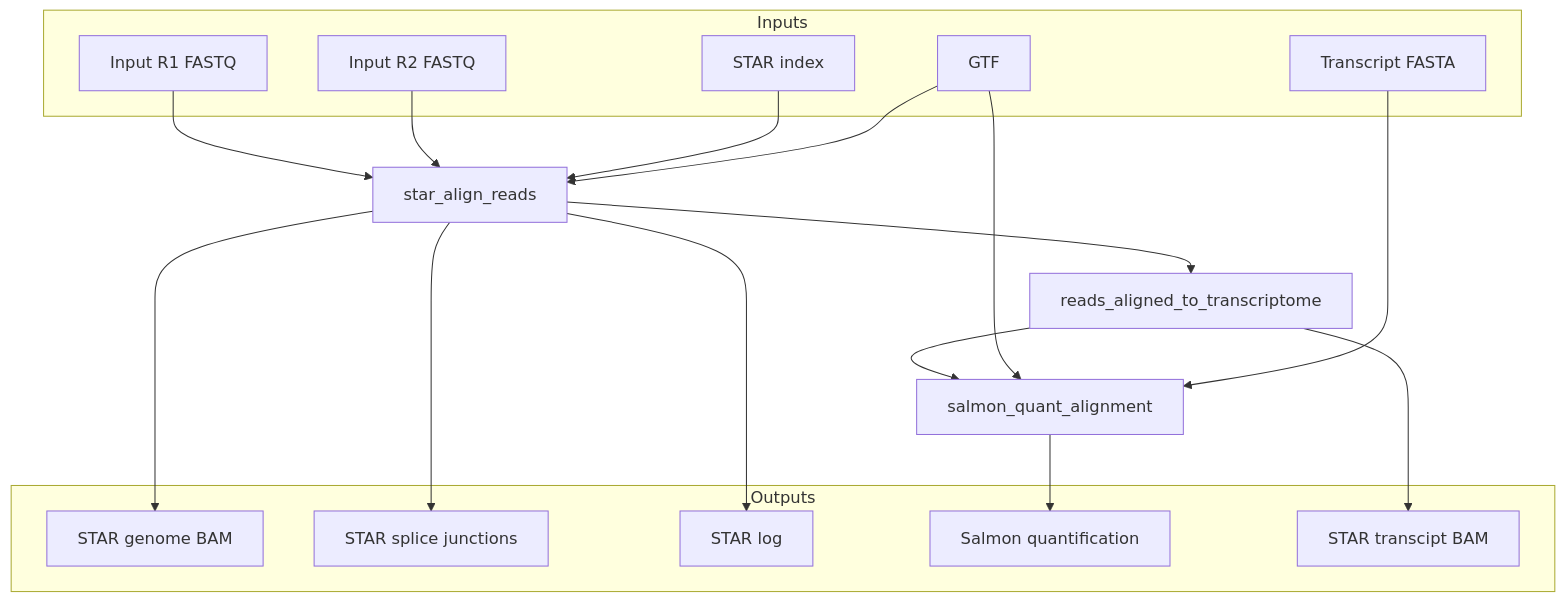
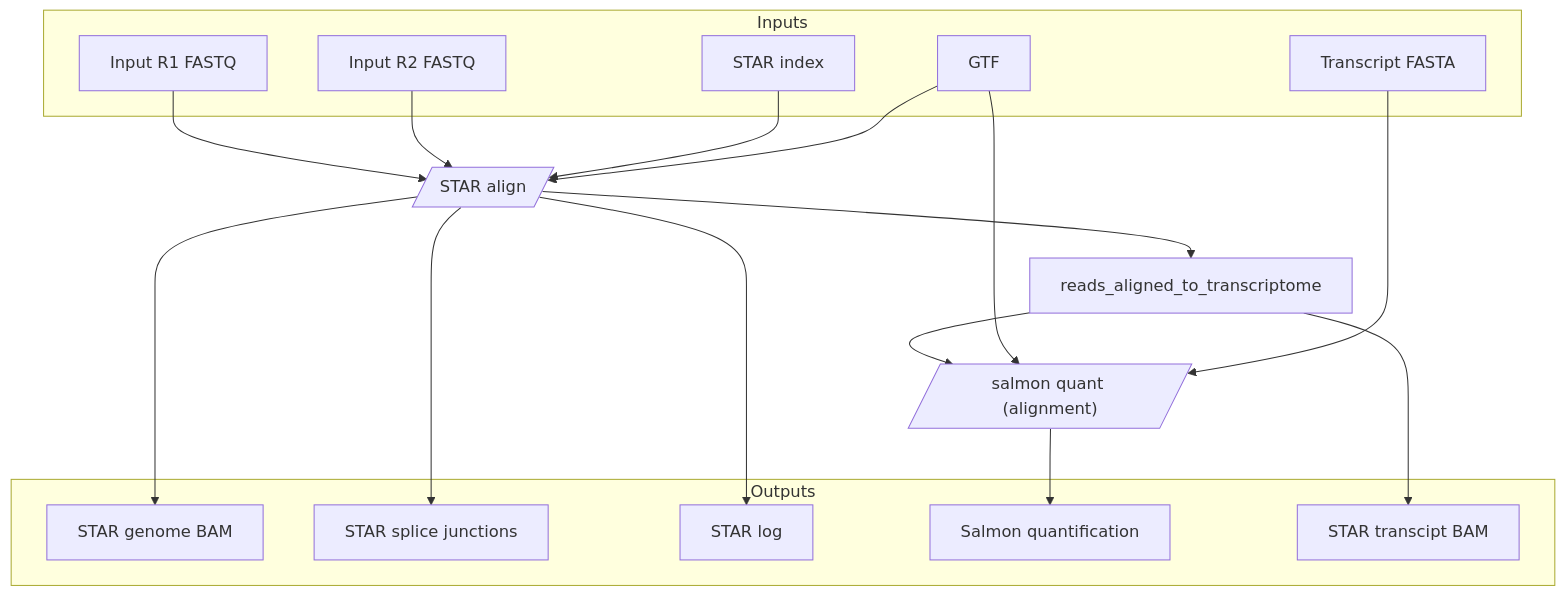
The fourth of 4 diagrams in README.md (viash-hub/rnaseq), drawn with Mermaid before and after one commit. The commit also changed 1 other file, not shown here.

Commit message:
Style processes in alignment_quanification diagram

````diff
--- a/README.md
+++ b/README.md
@@ -148,31 +148,31 @@
 ``` mermaid
 flowchart TB
 
   subgraph inputs[Inputs]
     input_r1[Input R1 FASTQ]
     input_r2[Input R2 FASTQ]
     input_transcript_fasta[Transcript FASTA]
     input_gtf[GTF]
     input_star_genome_dir[STAR index]
   end
 
   input_r1 & input_r2 & input_star_genome_dir  & input_gtf -->
-    star_align_reads -->
+    star_align_reads[/STAR align/] -->
     output_star_bam_genome & reads_aligned_to_transcriptome & output_star_junctions & output_star_log
 
   reads_aligned_to_transcriptome & input_gtf & input_transcript_fasta -->
-    salmon_quant_alignment  -->
+    salmon_quant_alignment[/"salmon quant (alignment)"/]  -->
     output_salmon
 
   reads_aligned_to_transcriptome --> output_star_bam_transcriptome
 
   subgraph outputs[Outputs]
     output_star_bam_genome[STAR genome BAM]
     output_star_junctions[STAR splice junctions]
     output_star_log[STAR log]
     output_star_bam_transcriptome[STAR transcipt BAM]
     output_salmon[Salmon quantification]
   end
 
   classDef info stroke-dasharray: 4 4
 ```
````
